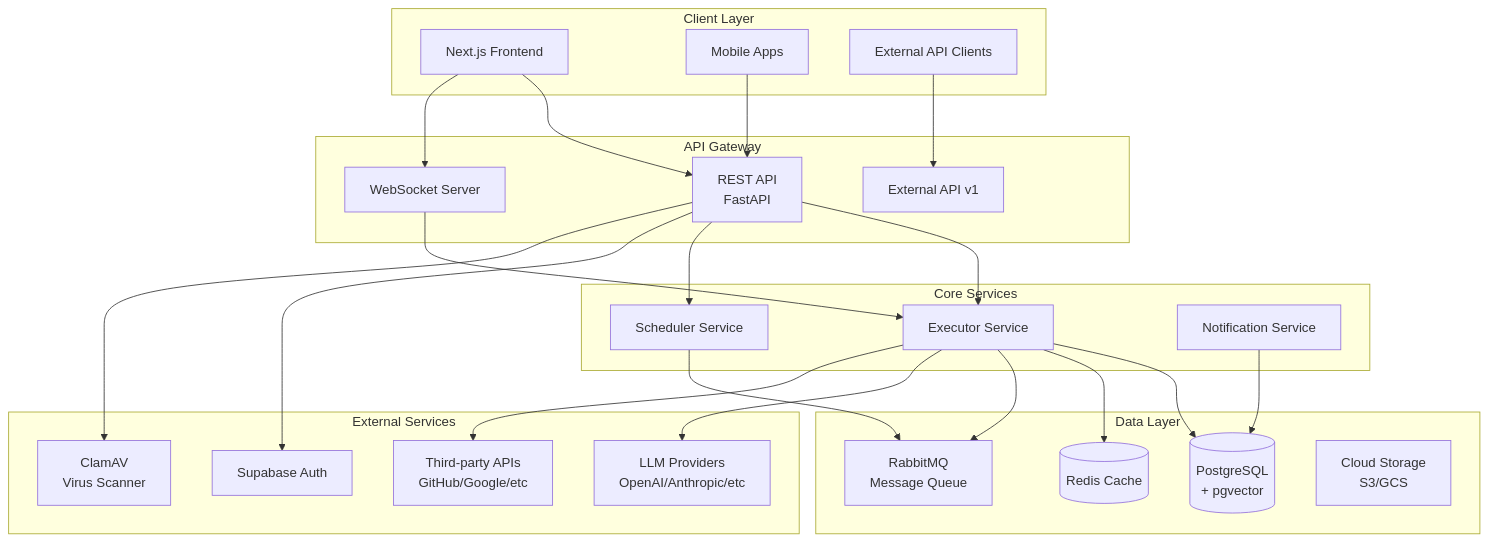
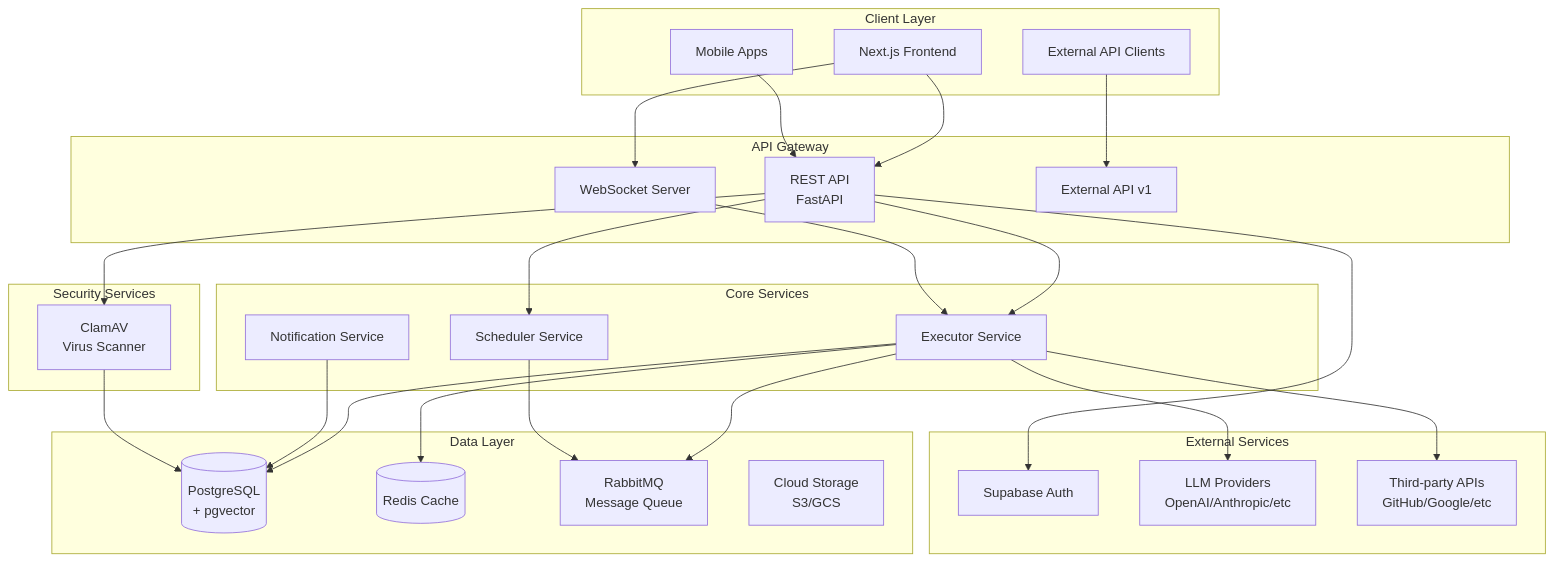
The first of 5 diagrams in docs/ARCHITECTURE.md (jrmatherly/AutoGPT), drawn with Mermaid before and after one commit. The commit also changed other lines of this file and 13 other files, not shown here.

````diff
--- a/docs/ARCHITECTURE.md
+++ b/docs/ARCHITECTURE.md
@@ -7,55 +7,60 @@
 ```mermaid
 graph TB
     subgraph "Client Layer"
         WebApp[Next.js Frontend]
         Mobile[Mobile Apps]
         ExtAPI[External API Clients]
     end
 
     subgraph "API Gateway"
         REST[REST API<br/>FastAPI]
         WS[WebSocket Server]
         ExtV1[External API v1]
     end
 
     subgraph "Core Services"
         Executor[Executor Service]
         Scheduler[Scheduler Service]
         Notification[Notification Service]
     end
 
     subgraph "Data Layer"
         Postgres[(PostgreSQL<br/>+ pgvector)]
         Redis[(Redis Cache)]
         RabbitMQ[RabbitMQ<br/>Message Queue]
         S3[Cloud Storage<br/>S3/GCS]
     end
 
     subgraph "External Services"
         Supabase[Supabase Auth]
         LLMs[LLM Providers<br/>OpenAI/Anthropic/etc]
         Integrations[Third-party APIs<br/>GitHub/Google/etc]
+    end
+
+    subgraph "Security Services"
         ClamAV[ClamAV<br/>Virus Scanner]
     end
 
     WebApp --> REST
     WebApp --> WS
     Mobile --> REST
     ExtAPI --> ExtV1
 
     REST --> Executor
     REST --> Scheduler
     WS --> Executor
 
     Executor --> Postgres
     Executor --> Redis
     Executor --> RabbitMQ
     Executor --> LLMs
     Executor --> Integrations
 
     Scheduler --> RabbitMQ
     Notification --> Postgres
 
     REST --> Supabase
     REST --> ClamAV
+
+    ClamAV --> Postgres
 ```
````
